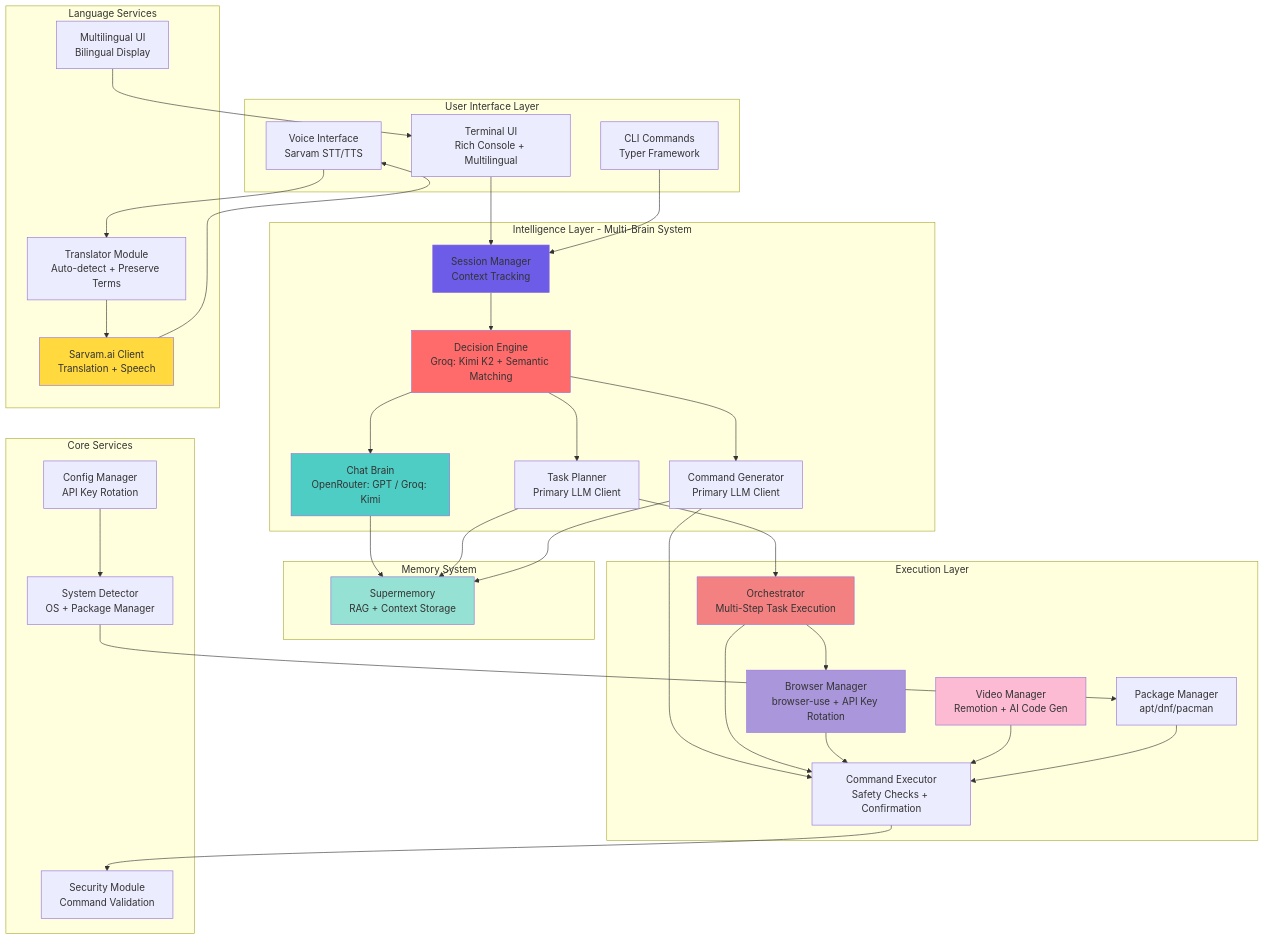
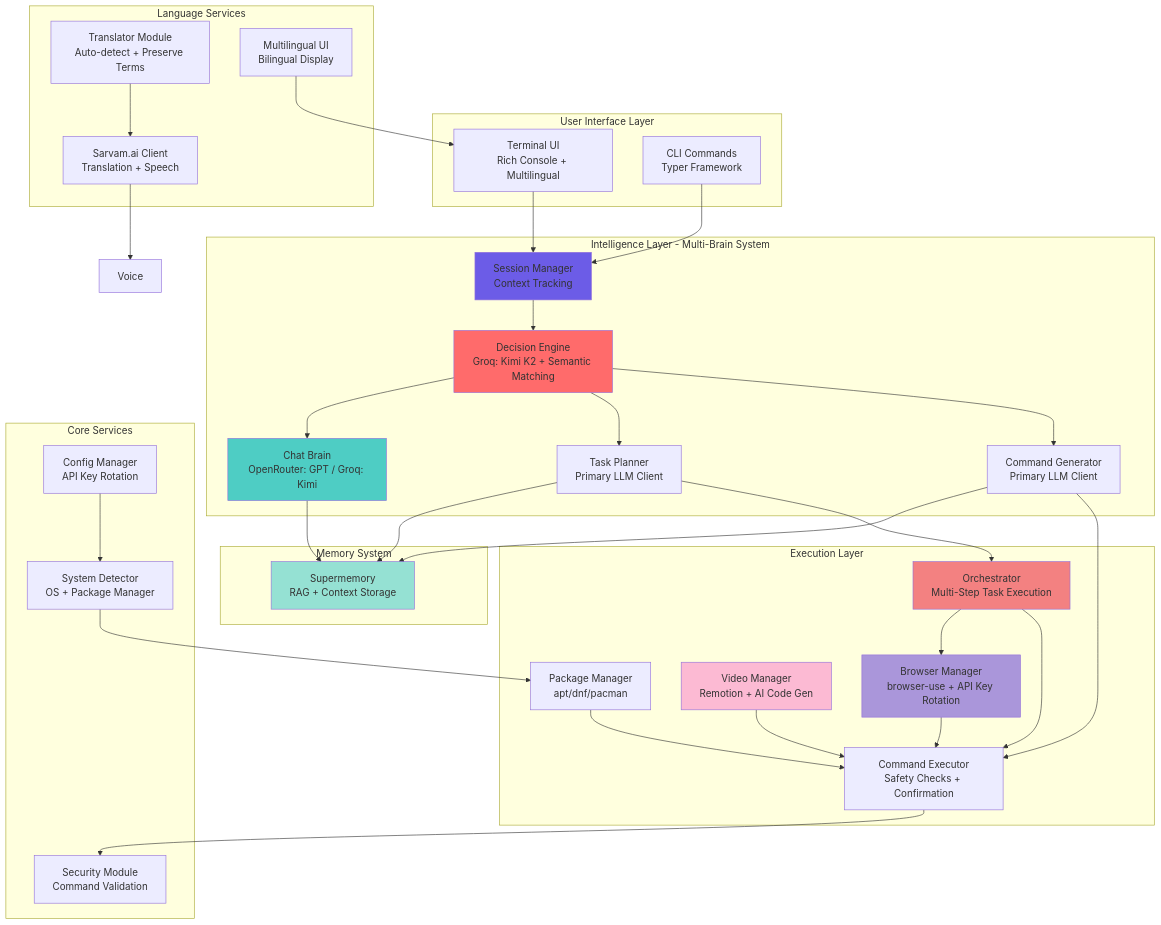
The first of 3 diagrams in README.md (Garvit1000/nexus), drawn with Mermaid before and after one commit. The commit also changed other lines of this file and 9 other files, not shown here.

````diff
--- a/README.md
+++ b/README.md
@@ -21,80 +19,77 @@
 ```mermaid
 graph TB
     subgraph "User Interface Layer"
         TUI[Terminal UI<br/>Rich Console + Multilingual]
         CLI[CLI Commands<br/>Typer Framework]
-        Voice[Voice Interface<br/>Sarvam STT/TTS]
-    end
+        end
     
     subgraph "Intelligence Layer - Multi-Brain System"
         Session[Session Manager<br/>Context Tracking]
         Router[Decision Engine<br/>Groq: Kimi K2 + Semantic Matching]
         Chat[Chat Brain<br/>OpenRouter: GPT / Groq: Kimi]
         Planner[Task Planner<br/>Primary LLM Client]
         CmdGen[Command Generator<br/>Primary LLM Client]
     end
     
     subgraph "Language Services"
         Sarvam[Sarvam.ai Client<br/>Translation + Speech]
         Translator[Translator Module<br/>Auto-detect + Preserve Terms]
         MultiUI[Multilingual UI<br/>Bilingual Display]
     end
     
     subgraph "Memory System"
         Memory[Supermemory<br/>RAG + Context Storage]
     end
     
     subgraph "Execution Layer"
         Orchestrator[Orchestrator<br/>Multi-Step Task Execution]
         Executor[Command Executor<br/>Safety Checks + Confirmation]
         Browser[Browser Manager<br/>browser-use + API Key Rotation]
         Video[Video Manager<br/>Remotion + AI Code Gen]
         Package[Package Manager<br/>apt/dnf/pacman]
     end
     
     subgraph "Core Services"
         Config[Config Manager<br/>API Key Rotation]
         System[System Detector<br/>OS + Package Manager]
         Security[Security Module<br/>Command Validation]
     end
     
     TUI --> Session
     CLI --> Session
-    Voice --> Translator
     
     Session --> Router
     Router --> Chat
     Router --> Planner
     Router --> CmdGen
     
     Translator --> Sarvam
     MultiUI --> TUI
     Sarvam --> Voice
     
     Chat --> Memory
     Planner --> Memory
     CmdGen --> Memory
     
     Planner --> Orchestrator
     CmdGen --> Executor
     
     Orchestrator --> Browser
     Orchestrator --> Executor
     
     Executor --> Security
     Browser --> Executor
     Video --> Executor
     Package --> Executor
     
     Config --> System
     System --> Package
     
     style Router fill:#ff6b6b
     style Chat fill:#4ecdc4
     style Memory fill:#95e1d3
     style Orchestrator fill:#f38181
     style Browser fill:#aa96da
     style Video fill:#fcbad3
-    style Sarvam fill:#ffd93d
     style Session fill:#6c5ce7
 ```
````
